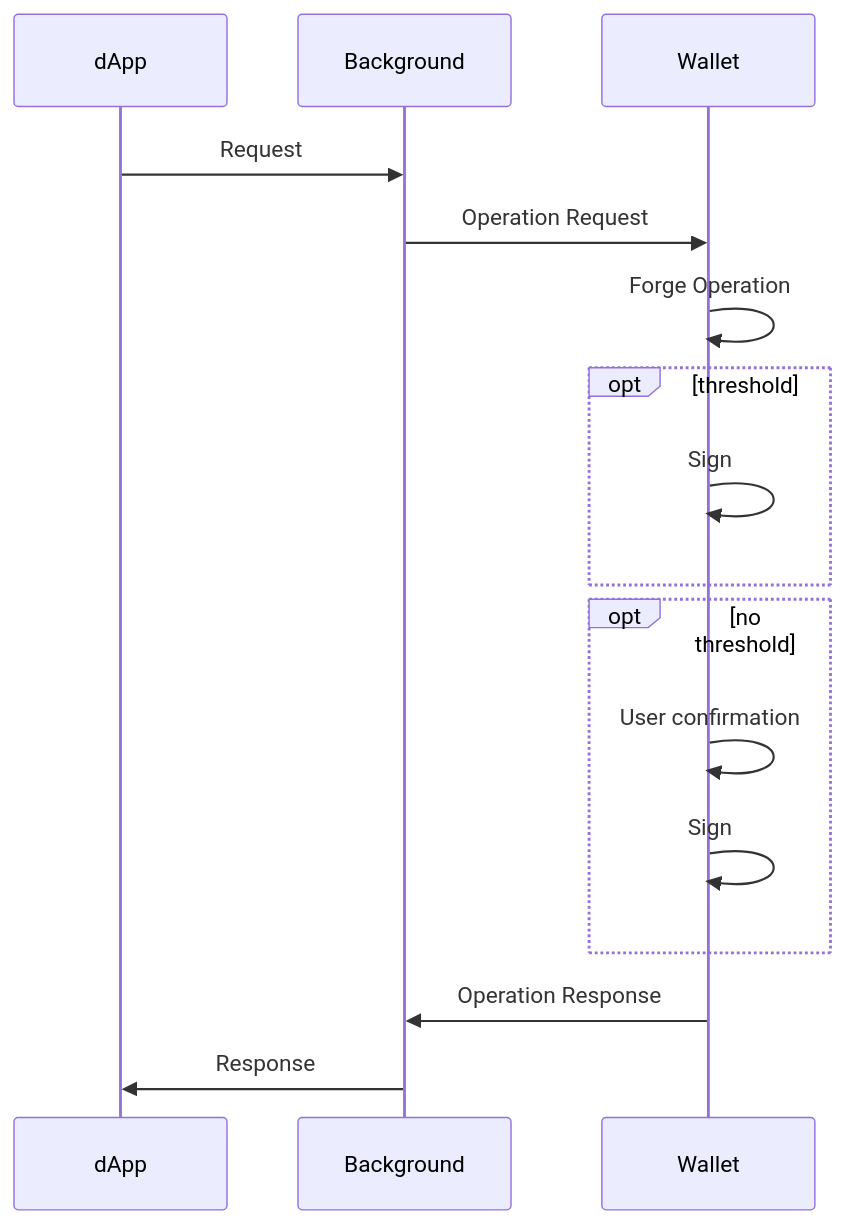
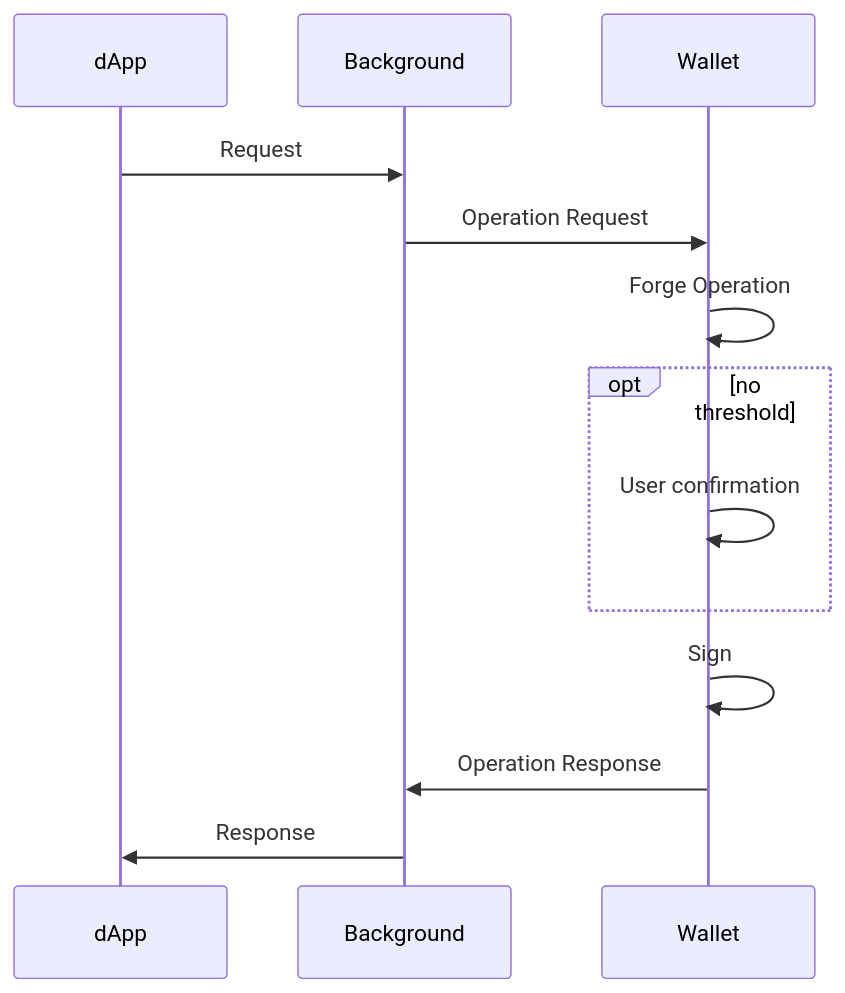
Before and after one commit to airgap-it/beacon-sdk: the third of 5 diagrams in flows/P2PExtension.md, drawn with Mermaid. The commit also changed other lines of this file and 3 other files, not shown here.

Commit message:
feat(flows): update flows

````diff
--- a/flows/P2PExtension.md
+++ b/flows/P2PExtension.md
@@ -33,16 +31,14 @@
 ```mermaid
 sequenceDiagram
     dApp->>Background: Request
     Background->>Wallet: Operation Request
     Wallet->>Wallet: Forge Operation
 
-    opt threshold
-        Wallet->>Wallet: Sign
-    end
     opt no threshold
         Wallet->>Wallet: User confirmation
-        Wallet->>Wallet: Sign
     end
+    Wallet->>Wallet: Sign
+
     Wallet->>Background: Operation Response
     Background->>dApp: Response
 ```
````
